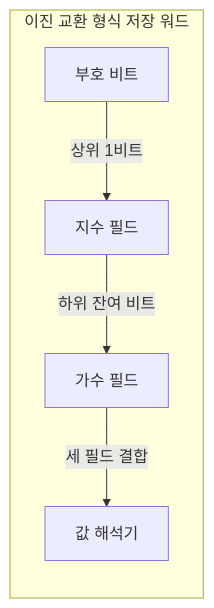
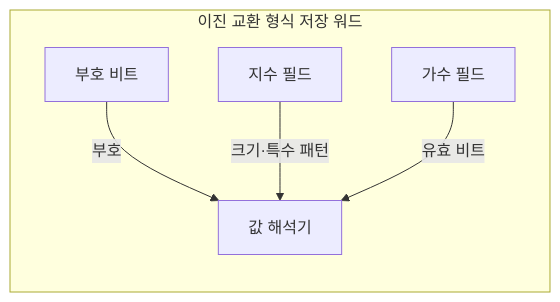
One commit to agnusdei1207/knowledge-base changed the first of 2 diagrams in src/content/docs/notes/01-basic-theory/023_floating_point_ieee_754.md. Above: the diagram before and after it, drawn with Mermaid. The commit also changed other lines of this file and 20 other files, not shown here.

````diff
--- a/src/content/docs/notes/01-basic-theory/023_floating_point_ieee_754.md
+++ b/src/content/docs/notes/01-basic-theory/023_floating_point_ieee_754.md
@@ -70,9 +74,12 @@
 ```mermaid
 flowchart TB
     subgraph W["이진 교환 형식 저장 워드"]
         direction TB
-        S[부호 비트] -->|상위 1비트| E[지수 필드]
-        E -->|하위 잔여 비트| F[가수 필드]
-        F -->|세 필드 결합| D[값 해석기]
+        S[부호 비트]
+        E[지수 필드]
+        F[가수 필드]
+        S -->|부호| D[값 해석기]
+        E -->|크기·특수 패턴| D
+        F -->|유효 비트| D
     end
 ```
````
